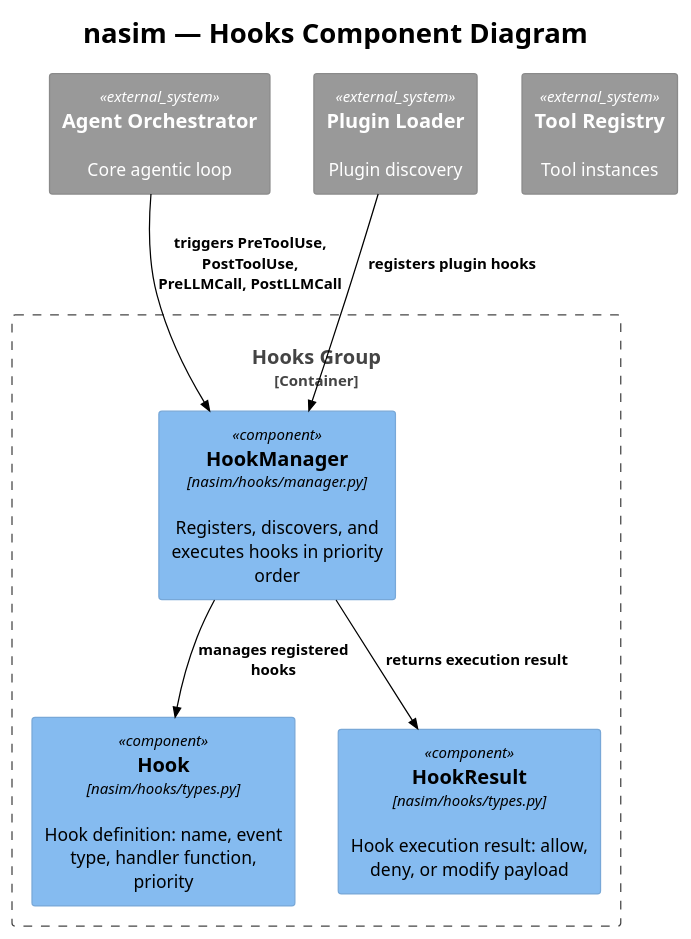
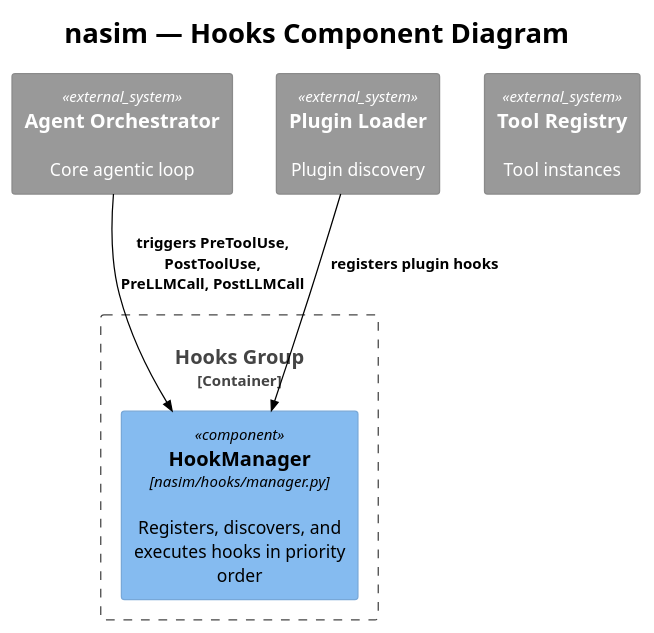
Before and after one commit to salimnamvar/nasim: the diagram in docs/C4/c4_nasim_component_hooks.puml, drawn with PlantUML. The commit also changed 27 other files, not shown here.

First line of the commit message:
docs: Refactor architecture documentation for consistency and clarity

```diff
--- a/docs/C4/c4_nasim_component_hooks.puml
+++ b/docs/C4/c4_nasim_component_hooks.puml
@@ -1,32 +1,29 @@
+@startuml c4_nasim_component_hooks
 !include https://raw.githubusercontent.com/plantuml-stdlib/C4-PlantUML/v2.10.0/C4_Component.puml
 !theme plain
 
 
 ' ============================================================
 ' Title:     nasim — Hooks Component Diagram
 ' Boundary:  nasim core library — Hooks group
 ' Purpose:   Pre/post hooks for tool use and LLM calls
 ' Milestone: v1.0
 ' Version:   6.0.0
 ' Source:    docs/prompt/p1.md — corrective architecture review
 ' Review:    docs/audit/audit.2026.06.20.comprehensive.reference.audit.md
 ' ============================================================
 
 title nasim — Hooks Component Diagram
 
 Container_Boundary(hooks_boundary, "Hooks Group") {
     Component(hook_manager, "HookManager", "nasim/hooks/manager.py", "Registers, discovers, and executes hooks in priority order")
-    Component(hook_types, "Hook", "nasim/hooks/types.py", "Hook definition: name, event type, handler function, priority")
-    Component(hook_result, "HookResult", "nasim/hooks/types.py", "Hook execution result: allow, deny, or modify payload")
 }
 
 System_Ext(agent_orch, "Agent Orchestrator", "Core agentic loop")
 System_Ext(tool_registry, "Tool Registry", "Tool instances")
 System_Ext(plugin_loader, "Plugin Loader", "Plugin discovery")
 
 Rel(agent_orch, hook_manager, "triggers PreToolUse, PostToolUse, PreLLMCall, PostLLMCall")
-Rel(hook_manager, hook_types, "manages registered hooks")
-Rel(hook_manager, hook_result, "returns execution result")
 Rel(plugin_loader, hook_manager, "registers plugin hooks")
 
 @enduml
```
